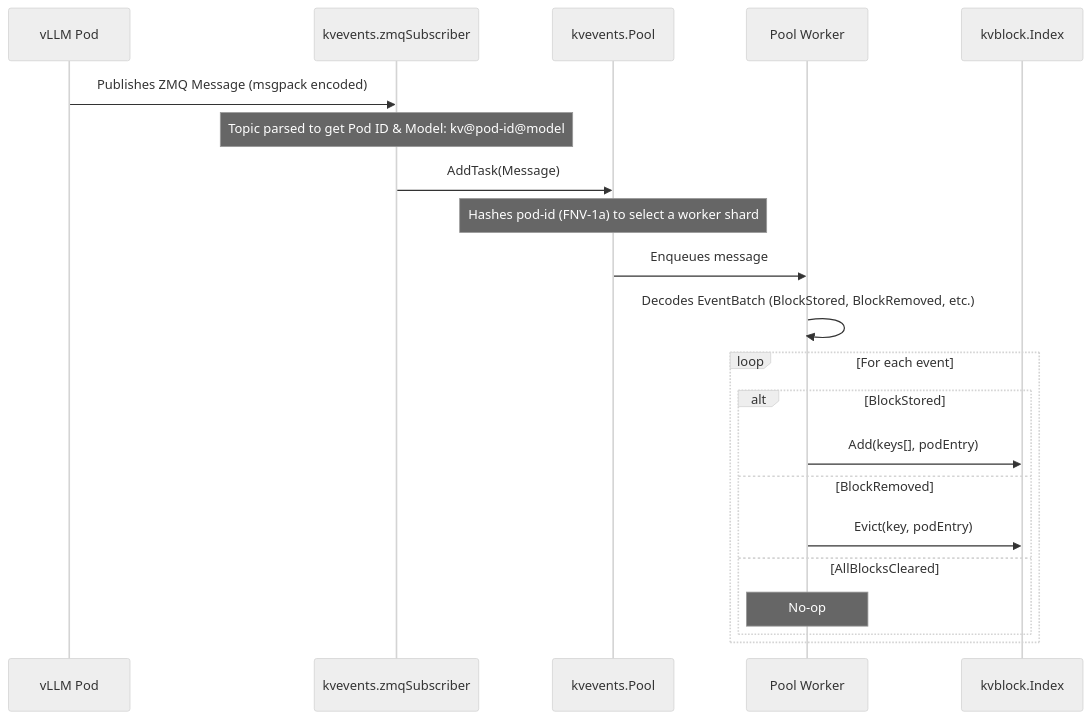
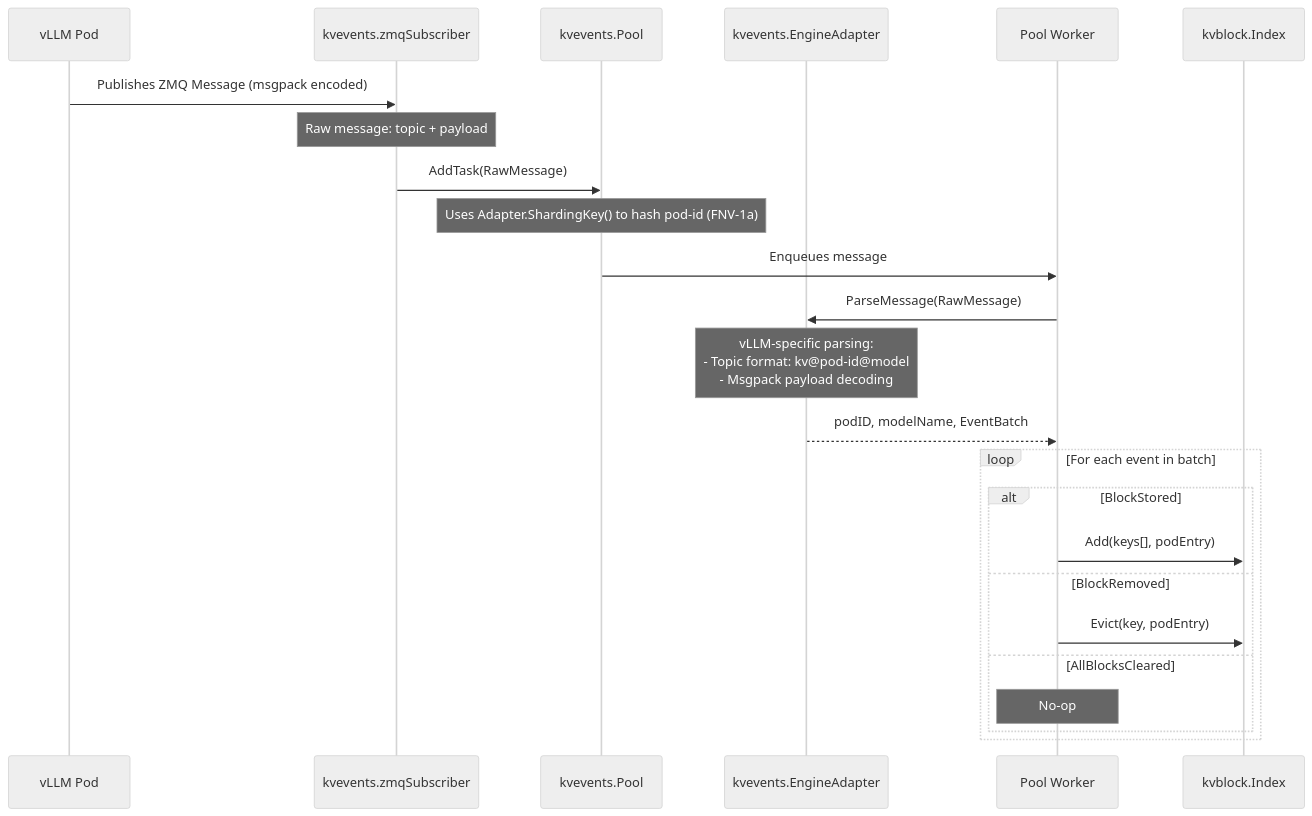
Before and after one commit to llm-d/llm-d-kv-cache: the second of 2 diagrams in docs/architecture.md, drawn with Mermaid (neutral theme). The commit also changed other lines of this file, not shown here.

Commit message:
Document EngineAdapter pattern in architecture

````diff
--- a/docs/architecture.md
+++ b/docs/architecture.md
@@ -71,27 +72,31 @@
 ```mermaid
 sequenceDiagram
     participant vLLM as vLLM Pod
     participant Subscriber as kvevents.zmqSubscriber
     participant Pool as kvevents.Pool
+    participant Adapter as kvevents.EngineAdapter
     participant Worker as Pool Worker
     participant Index as kvblock.Index
 
     vLLM->>Subscriber: Publishes ZMQ Message (msgpack encoded)
-    Note over Subscriber: Topic parsed to get Pod ID & Model: kv@pod-id@model
+    Note over Subscriber: Raw message: topic + payload
     
-    Subscriber->>Pool: AddTask(Message)
-    Note over Pool: Hashes pod-id (FNV-1a) to select a worker shard
+    Subscriber->>Pool: AddTask(RawMessage)
+    Note over Pool: Uses Adapter.ShardingKey() to hash pod-id (FNV-1a)
     
     Pool->>Worker: Enqueues message
     
-    Worker->>Worker: Decodes EventBatch (BlockStored, BlockRemoved, etc.)
-    loop For each event
+    Worker->>Adapter: ParseMessage(RawMessage)
+    Note over Adapter: vLLM-specific parsing:<br/>- Topic format: kv@pod-id@model<br/>- Msgpack payload decoding
+    Adapter-->>Worker: podID, modelName, EventBatch
+    
+    loop For each event in batch
         alt BlockStored
             Worker->>Index: Add(keys[], podEntry)
         else BlockRemoved
             Worker->>Index: Evict(key, podEntry)
         else AllBlocksCleared
             Note over Worker: No-op
         end
     end
 ```
````
